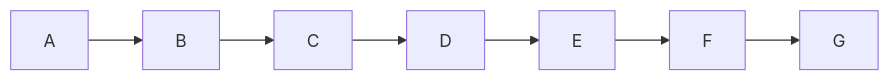
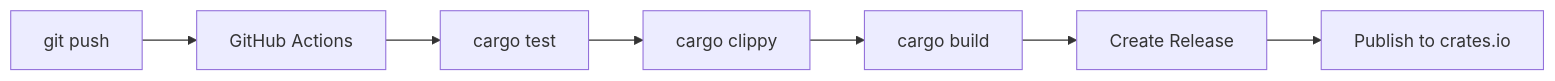
Before and after one commit to daktu32/rmz: the fifth of 5 diagrams in docs/ARCHITECTURE.md, drawn with Mermaid. The commit also changed other lines of this file and 30 other files, not shown here.

````diff
--- a/docs/ARCHITECTURE.md
+++ b/docs/ARCHITECTURE.md
@@ -302,9 +385,9 @@
 ```mermaid
 graph LR
-    A --> B
-    B --> C
-    C --> D
-    D --> E
-    E --> F
-    F --> G
+    A[git push] --> B[GitHub Actions]
+    B --> C[cargo test]
+    C --> D[cargo clippy]
+    D --> E[cargo build]
+    E --> F[Create Release]
+    F --> G[Publish to crates.io]
 ```
````
